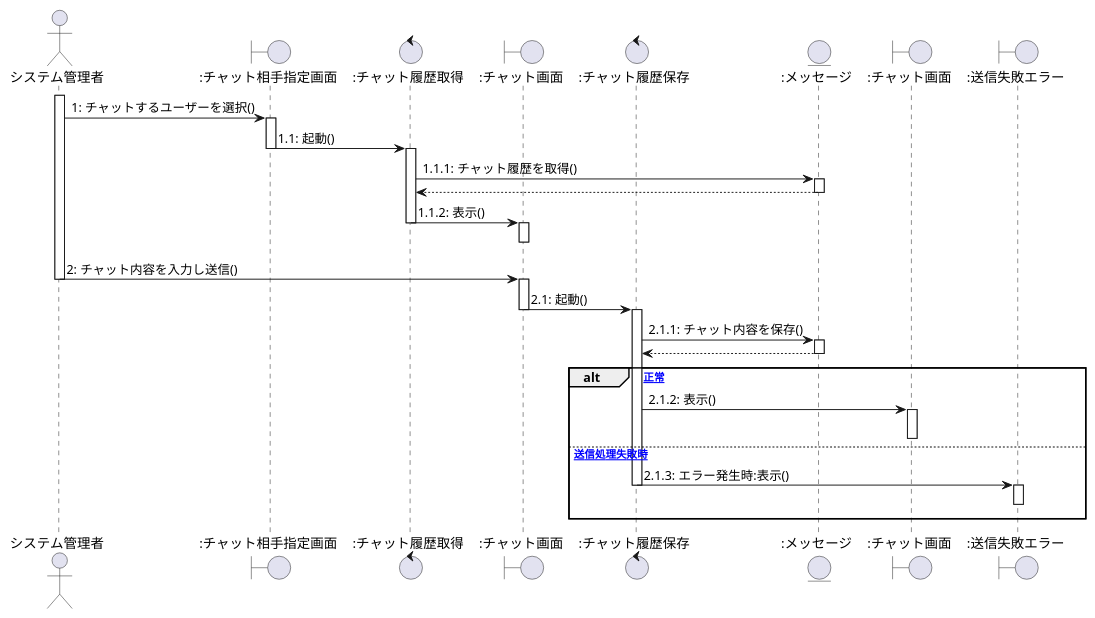
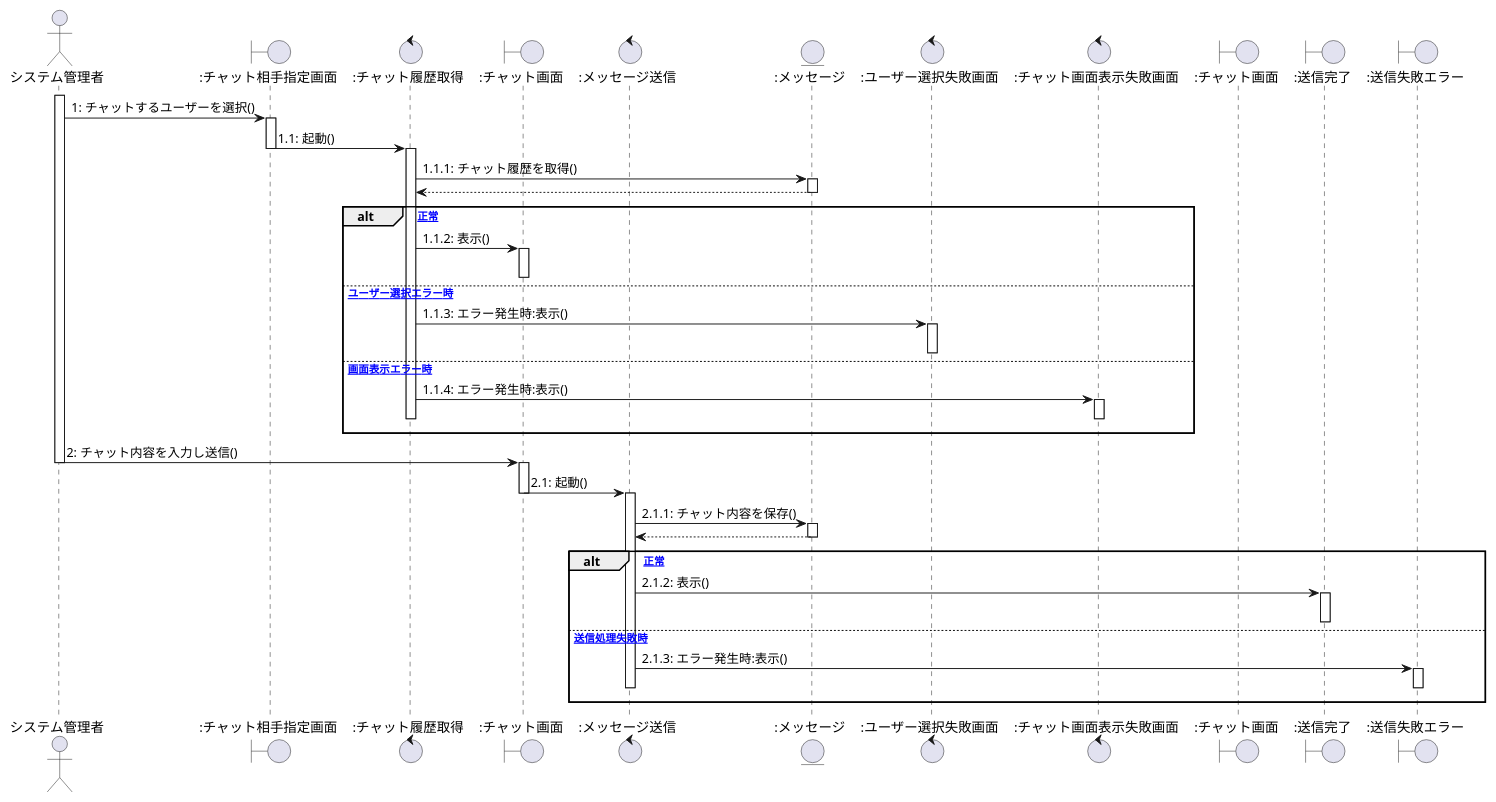
Before and after one commit to ksw2270227/GroupF: the tenth of 10 diagrams in user1_sequence.plantuml, drawn with PlantUML.

```diff
--- a/user1_sequence.plantuml
+++ b/user1_sequence.plantuml
@@ -405,76 +405,91 @@
 @startuml チャット
 
 
 actor システム管理者 as 0
 'Control ":最新チャット取得" as b
 Boundary ":チャット相手指定画面" as a
 Control ":チャット履歴取得" as d
 Boundary ":チャット画面" as c
-Control ":チャット履歴保存" as g
+Control ":メッセージ送信" as j
 Entity ":メッセージ" as en
+Control ":ユーザー選択失敗画面" as h
+Control ":チャット画面表示失敗画面" as i
 Boundary ":チャット画面" as e
+Boundary ":送信完了" as k
 Boundary ":送信失敗エラー" as f
+
 
 
 /'
 activate b
 b -> en : 0.1: 最新チャット取得()
 activate en
 en --> b
 deactivate en
 
 b -> a : 0.2: 表示()
 deactivate b
 
 '/
 
 activate 0
     0 -> a :1: チャットするユーザーを選択()
 activate a
 
 
 a -> d :1.1: 起動()
 deactivate a
 activate d
 
 d -> en :1.1.1: チャット履歴を取得()
 activate en
     d <-- en
 deactivate en
 
-d -> c :1.1.2: 表示()
+
+alt [正常]
+    d -> c :1.1.2: 表示()
+activate c
+deactivate c
+else [ユーザー選択エラー時]
+    d -> h :1.1.3: エラー発生時:表示()
+activate h
+deactivate h
+else [画面表示エラー時]
+    d -> i :1.1.4: エラー発生時:表示()
+activate i
+i -[hidden]-> i
+deactivate i
 deactivate d
-activate c
-c -[hidden]-> c
-deactivate c
+end
 
 
     0 -> c :2: チャット内容を入力し送信()
 deactivate 0
 
 activate c
-c -> g :2.1: 起動()
+c -> j :2.1: 起動()
 deactivate c
-activate g
+activate j
 
-g -> en :2.1.1: チャット内容を保存()
+j -> en :2.1.1: チャット内容を保存()
 activate en
-    g <-- en
+    j <-- en
 deactivate en
 
 
 alt [正常]
-g -> e :2.1.2: 表示()
-activate e
-deactivate e
+j -> k :2.1.2: 表示()
+activate k
+deactivate k
 
 else [送信処理失敗時]
-g -> f :2.1.3: エラー発生時:表示()
-deactivate g
+j -> f :2.1.3: エラー発生時:表示()
 activate f
 f -[hidden]-> f
 deactivate f
+deactivate j
 
 end
 
-@enduml
+@enduml 
```
